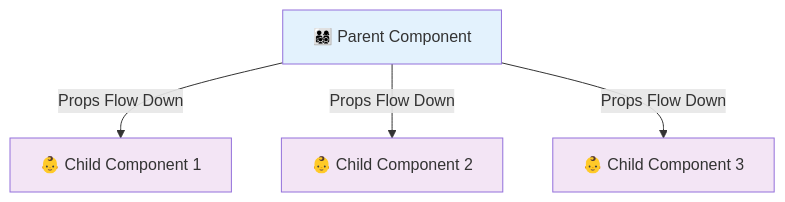
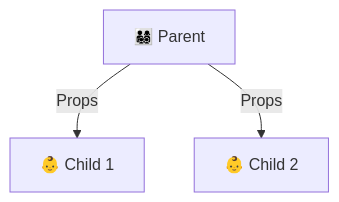
Before and after one commit to scifigurmeet/fullstack: the second of 3 diagrams in React Basics & Hooks.md, drawn with Mermaid. The commit also changed other lines of this file, not shown here.

````diff
--- a/React Basics & Hooks.md
+++ b/React Basics & Hooks.md
@@ -231,11 +152,5 @@
 ```mermaid
 graph TD
-    A[👨‍👩‍👧‍👦 Parent Component] -->|Props Flow Down| B[👶 Child Component 1]
-    A -->|Props Flow Down| C[👶 Child Component 2]
-    A -->|Props Flow Down| D[👶 Child Component 3]
-    
-    style A fill:#e3f2fd
-    style B fill:#f3e5f5
-    style C fill:#f3e5f5
-    style D fill:#f3e5f5
+    A[👨‍👩‍👧‍👦 Parent] -->|Props| B[👶 Child 1]
+    A -->|Props| C[👶 Child 2]
 ```
````
